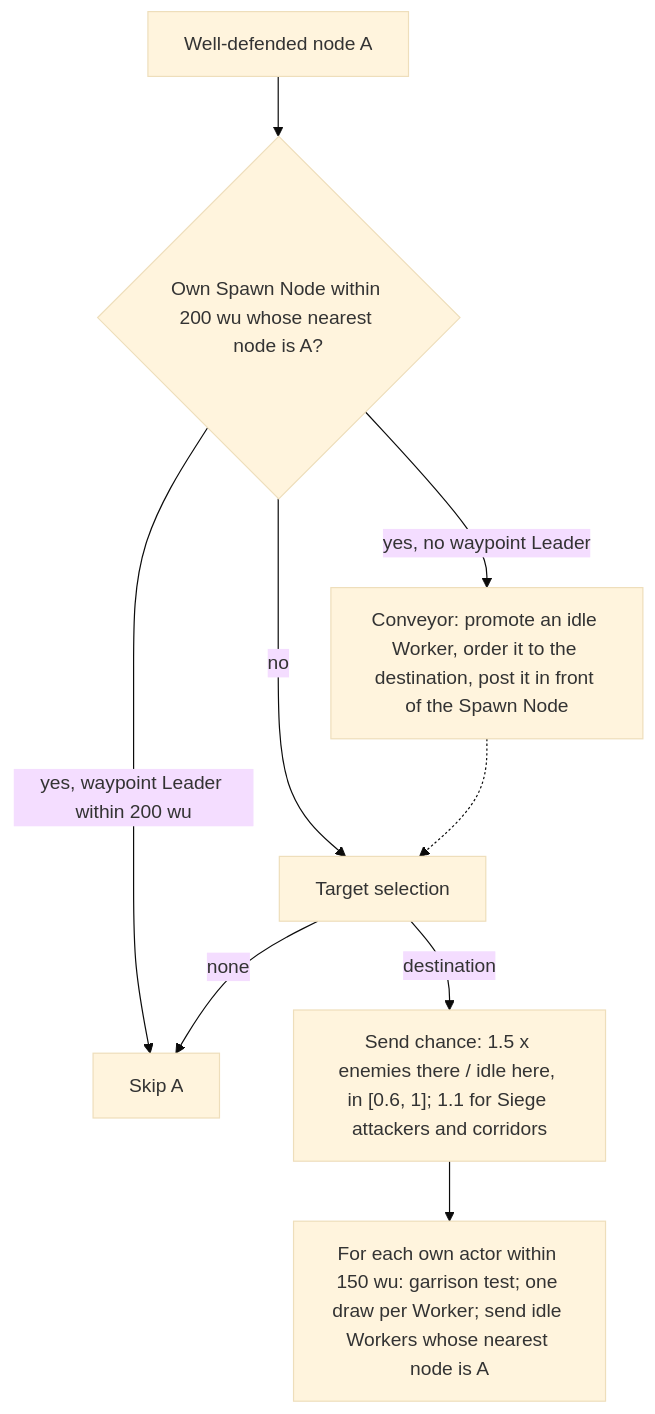
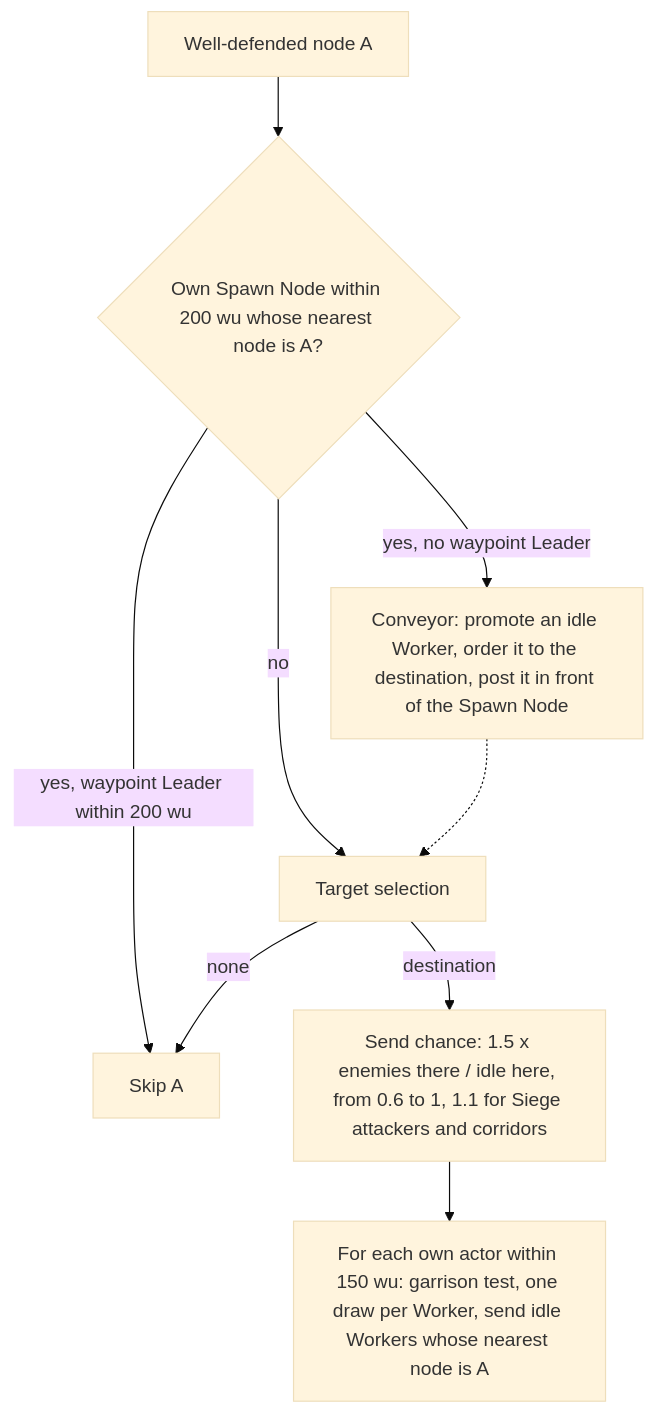
Before and after one commit to Zwaliebaba/Species.AI: the third of 3 diagrams in design_next/reference/07_bots/03_decision_loop_and_leaders.md, drawn with Mermaid (base theme). The commit also changed other lines of this file and 18 other files, not shown here.

````diff
--- a/design_next/reference/07_bots/03_decision_loop_and_leaders.md
+++ b/design_next/reference/07_bots/03_decision_loop_and_leaders.md
@@ -230,11 +230,11 @@
 ```mermaid
 flowchart TD
     A["Well-defended node A"] --> B{"Own Spawn Node within 200 wu whose nearest node is A?"}
     B -->|"yes, waypoint Leader within 200 wu"| SKIP["Skip A"]
     B -->|"yes, no waypoint Leader"| CV["Conveyor: promote an idle Worker, order it to the destination, post it in front of the Spawn Node"]
     B -->|no| T["Target selection"]
     CV -.-> T
     T -->|none| SKIP
-    T -->|destination| S["Send chance: 1.5 x enemies there / idle here, in [0.6, 1]; 1.1 for Siege attackers and corridors"]
-    S --> G["For each own actor within 150 wu: garrison test; one draw per Worker; send idle Workers whose nearest node is A"]
+    T -->|destination| S["Send chance: 1.5 x enemies there / idle here, from 0.6 to 1, 1.1 for Siege attackers and corridors"]
+    S --> G["For each own actor within 150 wu: garrison test, one draw per Worker, send idle Workers whose nearest node is A"]
 ```
````
